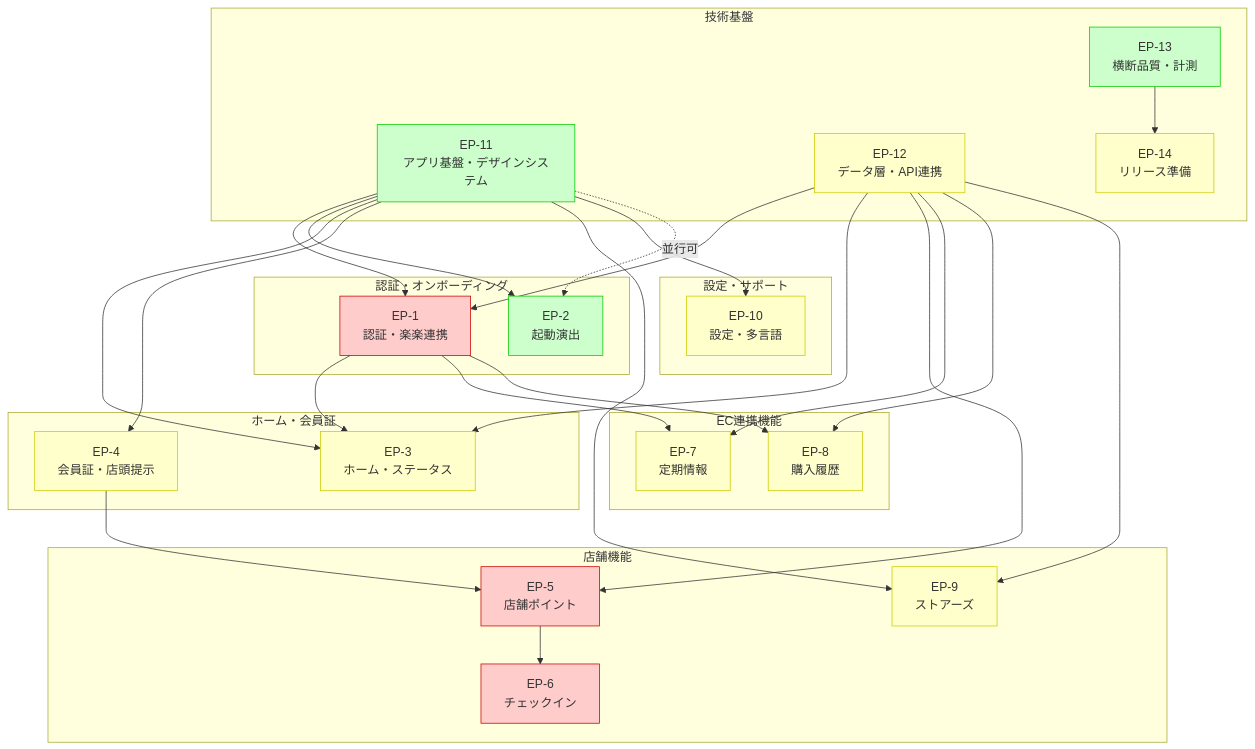
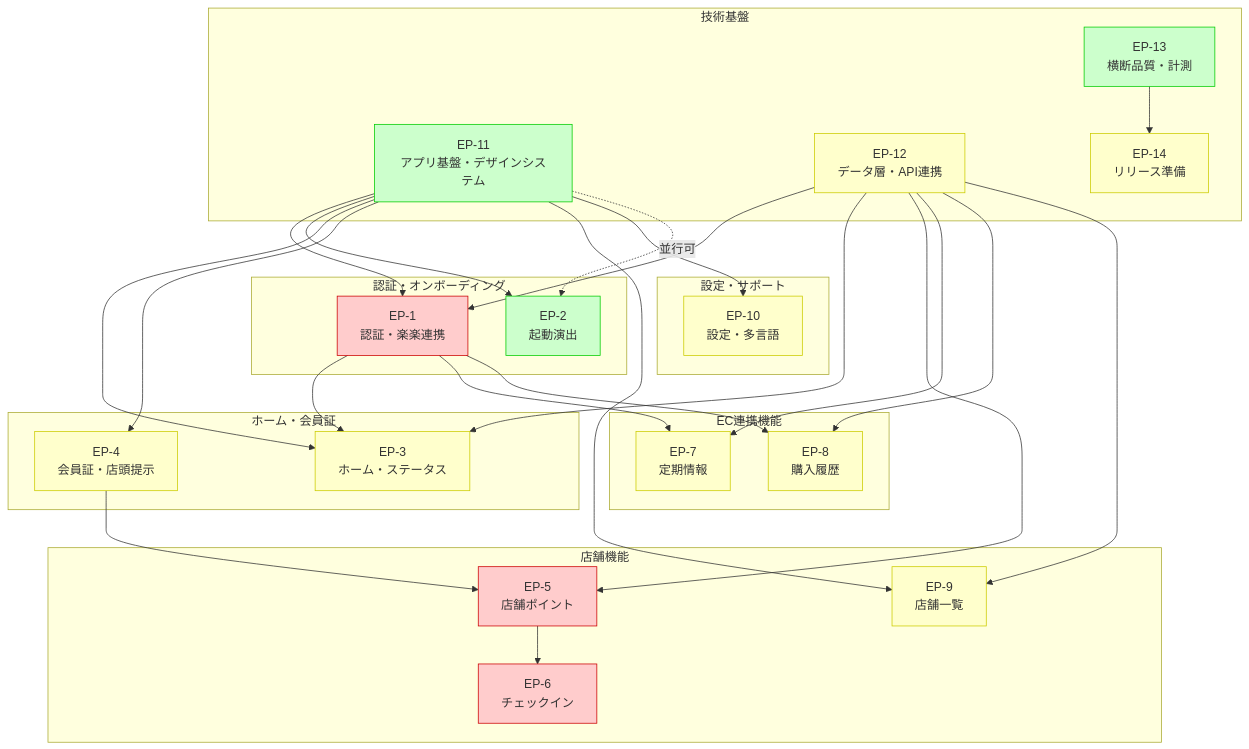
The first of 2 diagrams in docs/01_アプリマップ.md (YukaHasebe/bi-su-app), drawn with Mermaid before and after one commit. The commit also changed other lines of this file and 7 other files, not shown here.

First line of the commit message:
docs: ストアーズ→店舗一覧 全置換・マップビューをGoogle Maps化・素材仕様追加

````diff
--- a/docs/01_アプリマップ.md
+++ b/docs/01_アプリマップ.md
@@ -272,69 +272,69 @@
 ```mermaid
 graph TD
     subgraph "技術基盤"
         EP11["EP-11<br/>アプリ基盤・デザインシステム"]
         EP12["EP-12<br/>データ層・API連携"]
         EP13["EP-13<br/>横断品質・計測"]
         EP14["EP-14<br/>リリース準備"]
     end
 
     subgraph "認証・オンボーディング"
         EP1["EP-1<br/>認証・楽楽連携"]
         EP2["EP-2<br/>起動演出"]
     end
 
     subgraph "ホーム・会員証"
         EP3["EP-3<br/>ホーム・ステータス"]
         EP4["EP-4<br/>会員証・店頭提示"]
     end
 
     subgraph "店舗機能"
         EP5["EP-5<br/>店舗ポイント"]
         EP6["EP-6<br/>チェックイン"]
-        EP9["EP-9<br/>ストアーズ"]
+        EP9["EP-9<br/>店舗一覧"]
     end
 
     subgraph "EC連携機能"
         EP7["EP-7<br/>定期情報"]
         EP8["EP-8<br/>購入履歴"]
     end
 
     subgraph "設定・サポート"
         EP10["EP-10<br/>設定・多言語"]
     end
 
     EP11 --> EP1
     EP11 --> EP2
     EP11 --> EP3
     EP11 --> EP4
     EP11 --> EP9
     EP11 --> EP10
 
     EP12 --> EP1
     EP12 --> EP3
     EP12 --> EP5
     EP12 --> EP7
     EP12 --> EP8
     EP12 --> EP9
 
     EP1 --> EP3
     EP1 --> EP7
     EP1 --> EP8
 
     EP4 --> EP5
     EP5 --> EP6
 
     EP13 --> EP14
 
     EP11 -.->|"並行可"| EP2
 
     classDef blocker fill:#FFCCCC,stroke:#CC0000
     classDef ready fill:#CCFFCC,stroke:#00CC00
     classDef waiting fill:#FFFFCC,stroke:#CCCC00
     classDef newFeature fill:#CCE5FF,stroke:#0066CC
 
     class EP11,EP2,EP13 ready
     class EP3,EP4,EP7,EP8,EP9,EP10,EP12 waiting
     class EP1,EP5,EP6 blocker
     class EP14 waiting
 ```
````
